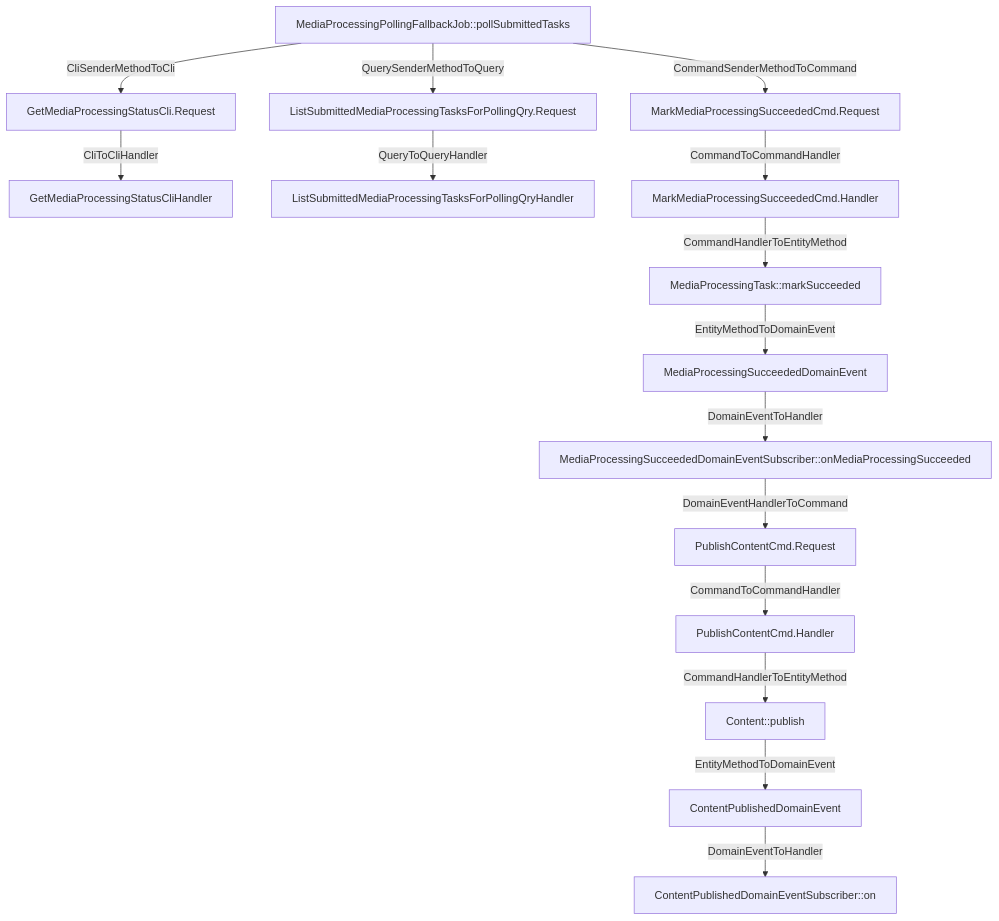
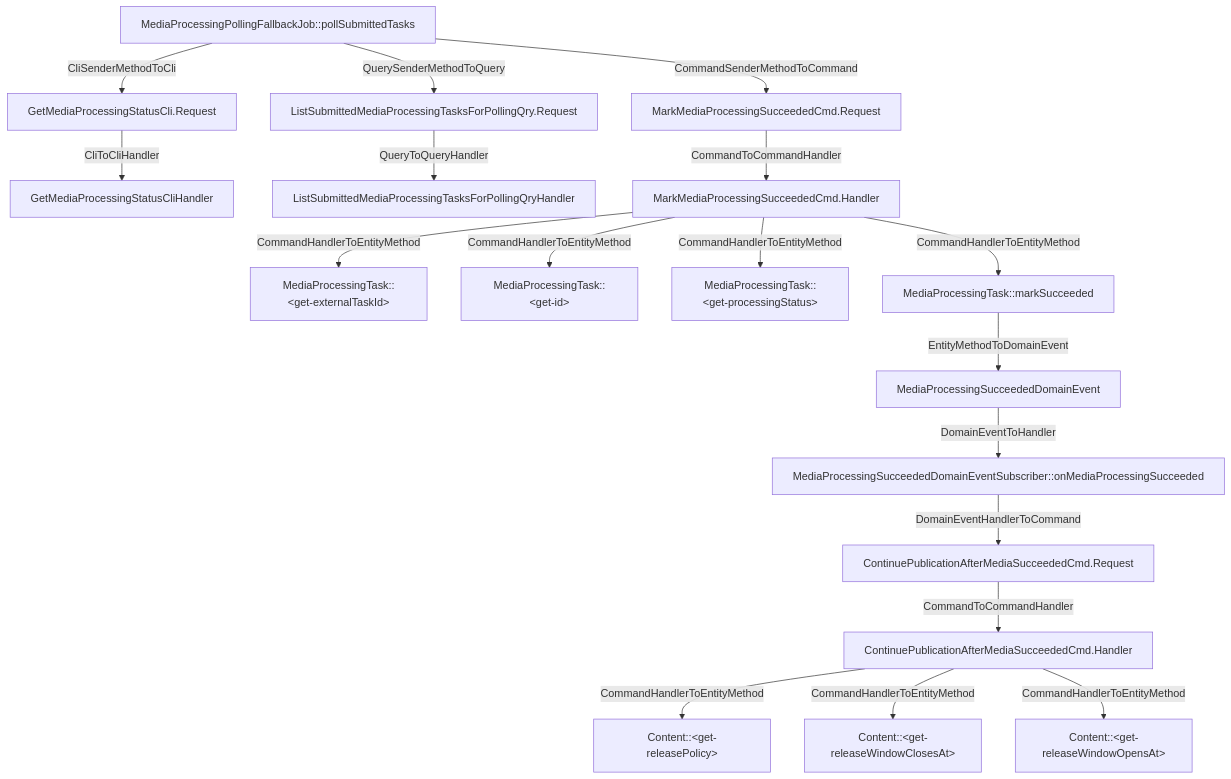
The diagram in analysis/flows/com_only4_cap4k_reference_contentstudio_application_jobs_MediaProcessingPollingF.mmd (LDmoxeii/cap4k-reference-content-studio), drawn with Mermaid before and after one commit. The commit also changed 20 other files, not shown here.

```diff
--- a/analysis/flows/com_only4_cap4k_reference_contentstudio_application_jobs_MediaProcessingPollingF.mmd
+++ b/analysis/flows/com_only4_cap4k_reference_contentstudio_application_jobs_MediaProcessingPollingF.mmd
@@ -1,30 +1,36 @@
 flowchart TD
   N1[GetMediaProcessingStatusCliHandler]
   N2[ListSubmittedMediaProcessingTasksForPollingQryHandler]
-  N3[PublishContentCmd.Handler]
-  N4[PublishContentCmd.Request]
+  N3[ContinuePublicationAfterMediaSucceededCmd.Handler]
+  N4[ContinuePublicationAfterMediaSucceededCmd.Request]
   N5[MarkMediaProcessingSucceededCmd.Handler]
   N6[MarkMediaProcessingSucceededCmd.Request]
   N7[GetMediaProcessingStatusCli.Request]
   N8[MediaProcessingPollingFallbackJob::pollSubmittedTasks]
   N9[ListSubmittedMediaProcessingTasksForPollingQry.Request]
-  N10[ContentPublishedDomainEventSubscriber::on]
-  N11[MediaProcessingSucceededDomainEventSubscriber::onMediaProcessingSucceeded]
-  N12[Content::publish]
-  N13[ContentPublishedDomainEvent]
-  N14[MediaProcessingTask::markSucceeded]
-  N15[MediaProcessingSucceededDomainEvent]
+  N10[MediaProcessingSucceededDomainEventSubscriber::onMediaProcessingSucceeded]
+  N11[Content::&lt;get-releasePolicy&gt;]
+  N12[Content::&lt;get-releaseWindowClosesAt&gt;]
+  N13[Content::&lt;get-releaseWindowOpensAt&gt;]
+  N14[MediaProcessingTask::&lt;get-externalTaskId&gt;]
+  N15[MediaProcessingTask::&lt;get-id&gt;]
+  N16[MediaProcessingTask::&lt;get-processingStatus&gt;]
+  N17[MediaProcessingTask::markSucceeded]
+  N18[MediaProcessingSucceededDomainEvent]
+  N3 -->|CommandHandlerToEntityMethod| N11
   N3 -->|CommandHandlerToEntityMethod| N12
+  N3 -->|CommandHandlerToEntityMethod| N13
   N4 -->|CommandToCommandHandler| N3
   N5 -->|CommandHandlerToEntityMethod| N14
+  N5 -->|CommandHandlerToEntityMethod| N15
+  N5 -->|CommandHandlerToEntityMethod| N16
+  N5 -->|CommandHandlerToEntityMethod| N17
   N6 -->|CommandToCommandHandler| N5
   N7 -->|CliToCliHandler| N1
   N8 -->|CommandSenderMethodToCommand| N6
   N8 -->|CliSenderMethodToCli| N7
   N8 -->|QuerySenderMethodToQuery| N9
   N9 -->|QueryToQueryHandler| N2
-  N11 -->|DomainEventHandlerToCommand| N4
-  N12 -->|EntityMethodToDomainEvent| N13
-  N13 -->|DomainEventToHandler| N10
-  N14 -->|EntityMethodToDomainEvent| N15
-  N15 -->|DomainEventToHandler| N11
+  N10 -->|DomainEventHandlerToCommand| N4
+  N17 -->|EntityMethodToDomainEvent| N18
+  N18 -->|DomainEventToHandler| N10
```
